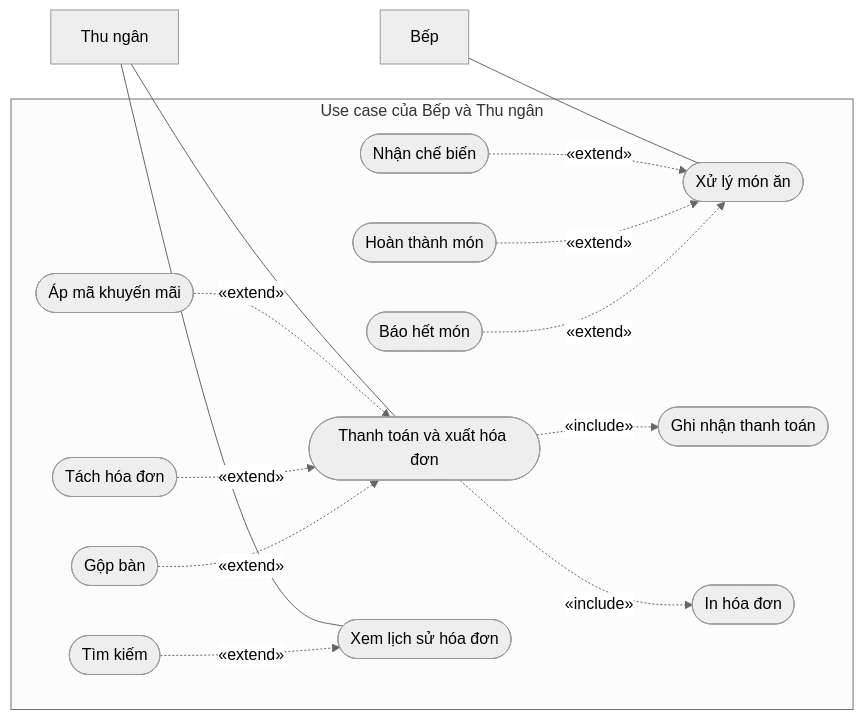
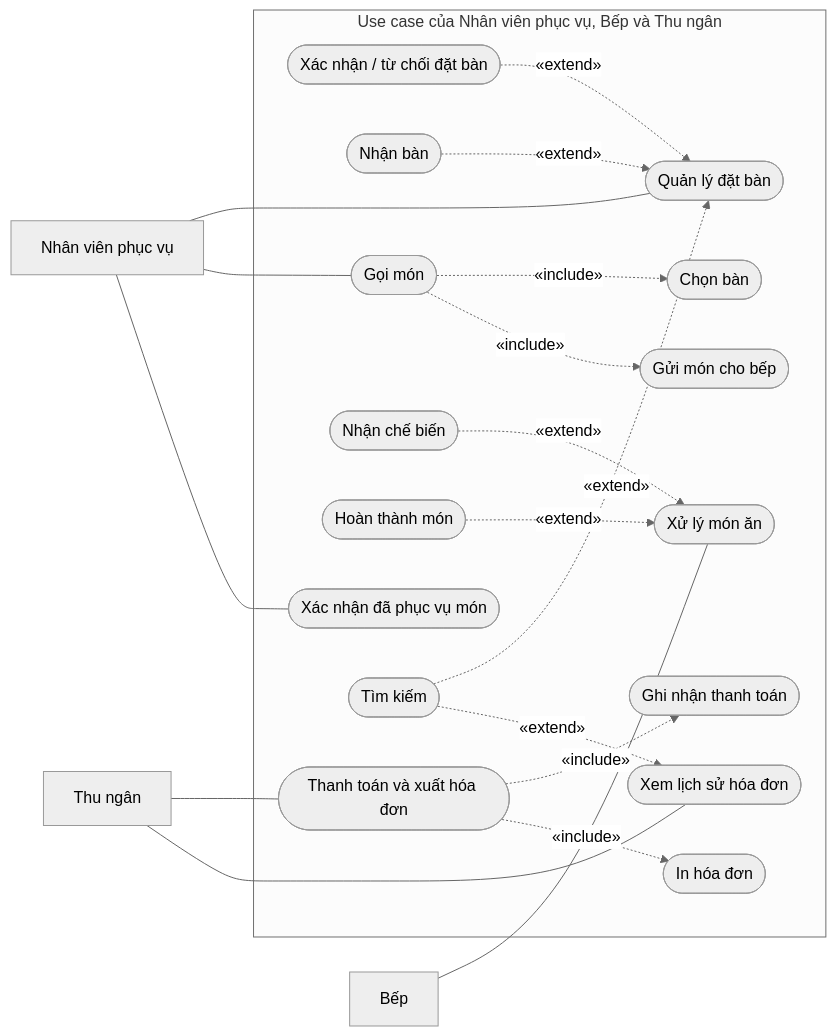
One commit to dungcony/e-learn changed the third of 7 diagrams in docs/srs-restaurant.md. Above: the diagram before and after it, drawn with Mermaid (neutral theme). The commit also changed other lines of this file, not shown here.

First line of the commit message:
docs(srs): rút gọn SRS nhà hàng từ 27 xuống 20 use case

````diff
--- a/docs/srs-restaurant.md
+++ b/docs/srs-restaurant.md
@@ -380,32 +295,38 @@
 ```mermaid
 flowchart LR
+    PV["Nhân viên phục vụ"]
     Bep["Bếp"]
     TN["Thu ngân"]
 
-    subgraph SYS["Use case của Bếp và Thu ngân"]
+    subgraph SYS["Use case của Nhân viên phục vụ, Bếp và Thu ngân"]
+        DB(["Quản lý đặt bàn"])
+        XNDB(["Xác nhận / từ chối đặt bàn"])
+        NB(["Nhận bàn"])
+        GM(["Gọi món"])
+        CB(["Chọn bàn"])
+        GB(["Gửi món cho bếp"])
+        XN(["Xác nhận đã phục vụ món"])
         XL(["Xử lý món ăn"])
         NCB(["Nhận chế biến"])
         HTM(["Hoàn thành món"])
-        BHM(["Báo hết món"])
         TTHD(["Thanh toán và xuất hóa đơn"])
         GNTT(["Ghi nhận thanh toán"])
         IN(["In hóa đơn"])
-        KMA(["Áp mã khuyến mãi"])
-        TACH(["Tách hóa đơn"])
-        GOP(["Gộp bàn"])
         LS(["Xem lịch sử hóa đơn"])
         TK(["Tìm kiếm"])
     end
 
+    PV --- DB & GM & XN
+    XNDB -.->|"«extend»"| DB
+    NB -.->|"«extend»"| DB
+    GM -.->|"«include»"| CB
+    GM -.->|"«include»"| GB
     Bep --- XL
     NCB -.->|"«extend»"| XL
     HTM -.->|"«extend»"| XL
-    BHM -.->|"«extend»"| XL
     TN --- TTHD & LS
     TTHD -.->|"«include»"| GNTT
     TTHD -.->|"«include»"| IN
-    KMA -.->|"«extend»"| TTHD
-    TACH -.->|"«extend»"| TTHD
-    GOP -.->|"«extend»"| TTHD
+    TK -.->|"«extend»"| DB
     TK -.->|"«extend»"| LS
 ```
````
